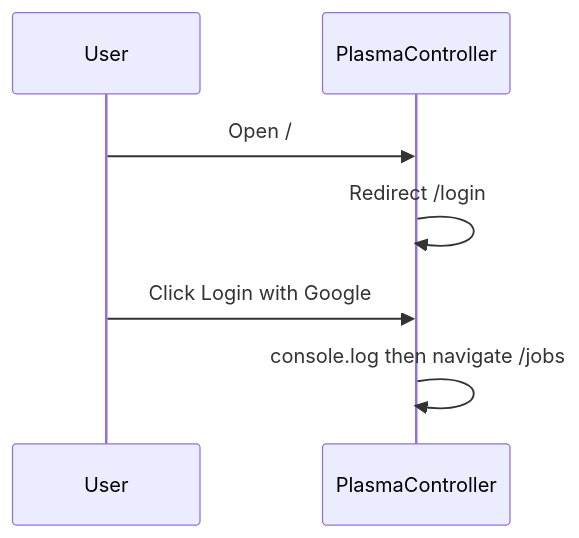
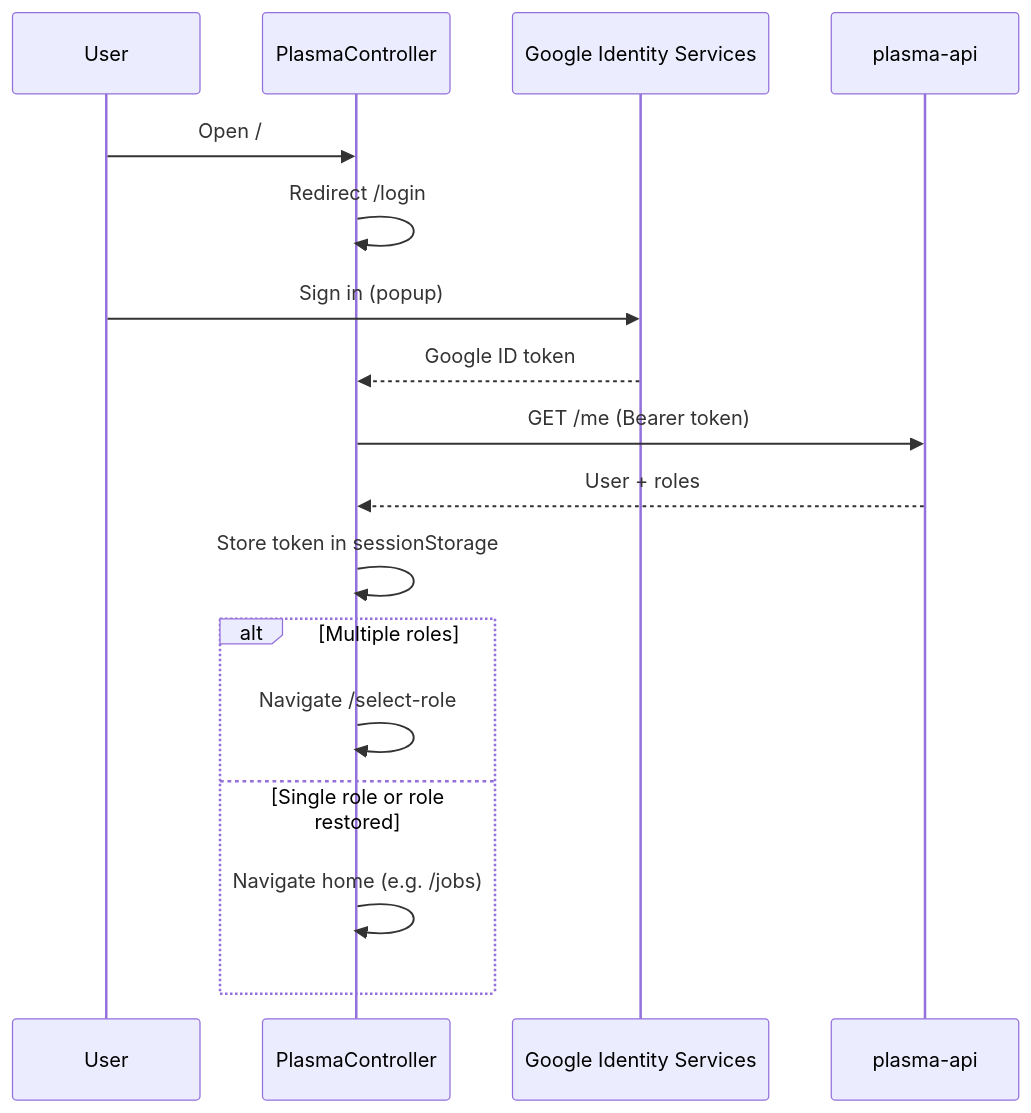
Before and after one commit to blood-bikes-wales/plasma-controllers: the second of 2 diagrams in docs/technical/architecture.md, drawn with Mermaid. The commit also changed other lines of this file and 4 other files, not shown here.

````diff
--- a/docs/technical/architecture.md
+++ b/docs/technical/architecture.md
@@ -27,10 +37,20 @@
 ```mermaid
 sequenceDiagram
   participant User
   participant SPA as PlasmaController
+  participant GIS as Google Identity Services
+  participant API as plasma-api
 
   User->>SPA: Open /
   SPA->>SPA: Redirect /login
-  User->>SPA: Click Login with Google
-  SPA->>SPA: console.log then navigate /jobs
+  User->>GIS: Sign in (popup)
+  GIS-->>SPA: Google ID token
+  SPA->>API: GET /me (Bearer token)
+  API-->>SPA: User + roles
+  SPA->>SPA: Store token in sessionStorage
+  alt Multiple roles
+    SPA->>SPA: Navigate /select-role
+  else Single role or role restored
+    SPA->>SPA: Navigate home (e.g. /jobs)
+  end
 ```
````
